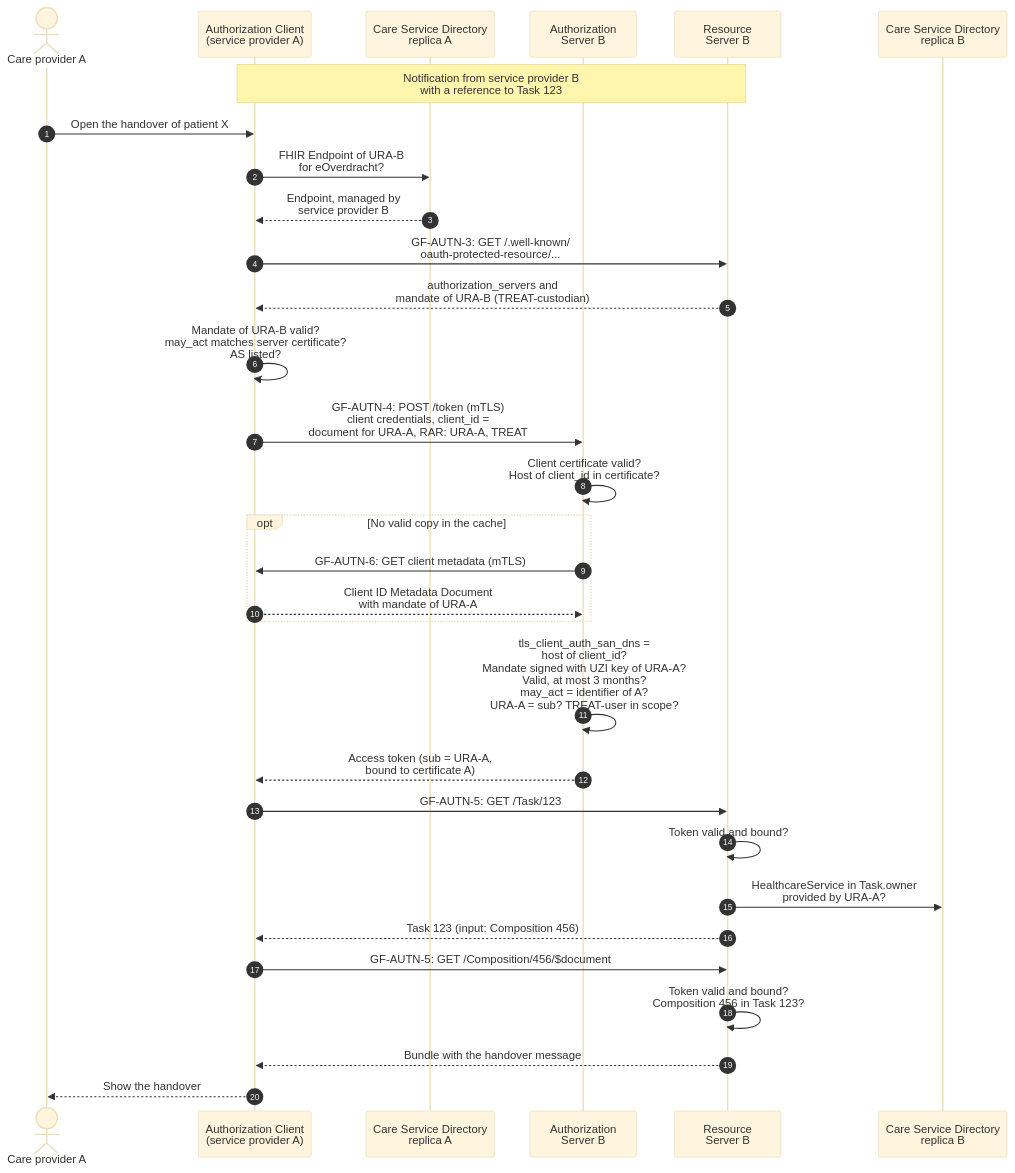
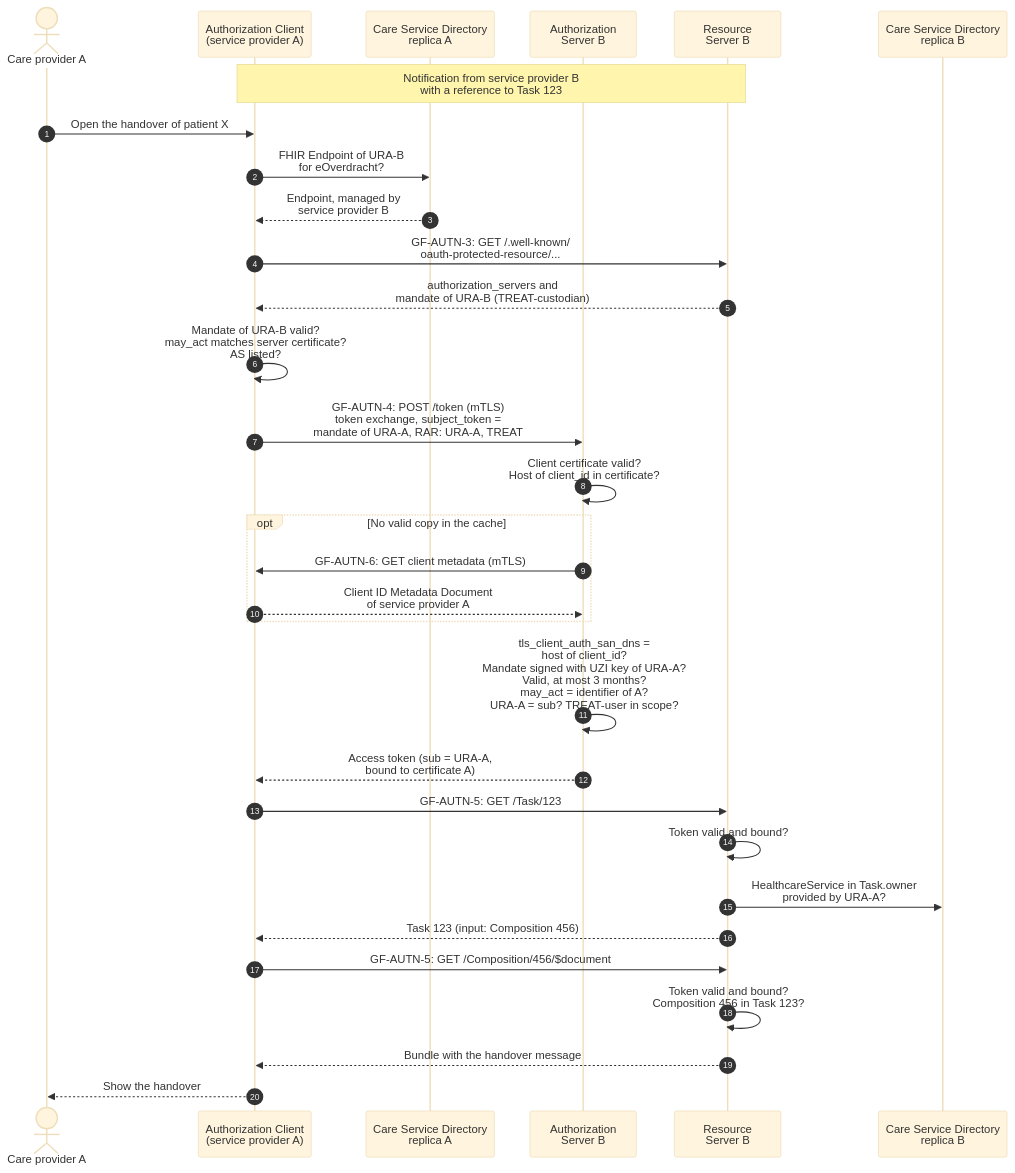
Before and after one commit to minvws/generiekefuncties-docs: the third of 3 diagrams in input/pagecontent/authentication.md, drawn with Mermaid (base theme). The commit also changed other lines of this file and 1 other file, not shown here.

Commit message:
standard token exchange type

````diff
--- a/input/pagecontent/authentication.md
+++ b/input/pagecontent/authentication.md
@@ -506,34 +512,34 @@
 ```mermaid
 sequenceDiagram
     autonumber
     actor CPA as Care provider A
     participant AC as Authorization Client<br/>(service provider A)
     participant CSDA as Care Service Directory<br/>replica A
     participant AS as Authorization<br/>Server B
     participant RS as Resource<br/>Server B
     participant CSDB as Care Service Directory<br/>replica B
 
     Note over AC,RS: Notification from service provider B<br/>with a reference to Task 123
     CPA->>AC: Open the handover of patient X
     AC->>CSDA: FHIR Endpoint of URA-B<br/>for eOverdracht?
     CSDA-->>AC: Endpoint, managed by<br/>service provider B
     AC->>RS: GF-AUTN-3: GET /.well-known/<br/>oauth-protected-resource/...
     RS-->>AC: authorization_servers and<br/>mandate of URA-B (TREAT-custodian)
     AC->>AC: Mandate of URA-B valid?<br/>may_act matches server certificate?<br/>AS listed?
-    AC->>AS: GF-AUTN-4: POST /token (mTLS)<br/>client credentials, client_id =<br/>document for URA-A, RAR: URA-A, TREAT
+    AC->>AS: GF-AUTN-4: POST /token (mTLS)<br/>token exchange, subject_token =<br/>mandate of URA-A, RAR: URA-A, TREAT
     AS->>AS: Client certificate valid?<br/>Host of client_id in certificate?
     opt No valid copy in the cache
         AS->>AC: GF-AUTN-6: GET client metadata (mTLS)
-        AC-->>AS: Client ID Metadata Document<br/>with mandate of URA-A
+        AC-->>AS: Client ID Metadata Document<br/>of service provider A
     end
     AS->>AS: tls_client_auth_san_dns =<br/>host of client_id?<br/>Mandate signed with UZI key of URA-A?<br/>Valid, at most 3 months?<br/>may_act = identifier of A?<br/>URA-A = sub? TREAT-user in scope?
     AS-->>AC: Access token (sub = URA-A,<br/>bound to certificate A)
     AC->>RS: GF-AUTN-5: GET /Task/123
     RS->>RS: Token valid and bound?
     RS->>CSDB: HealthcareService in Task.owner<br/>provided by URA-A?
     RS-->>AC: Task 123 (input: Composition 456)
     AC->>RS: GF-AUTN-5: GET /Composition/456/$document
     RS->>RS: Token valid and bound?<br/>Composition 456 in Task 123?
     RS-->>AC: Bundle with the handover message
     AC-->>CPA: Show the handover
 ```
````
